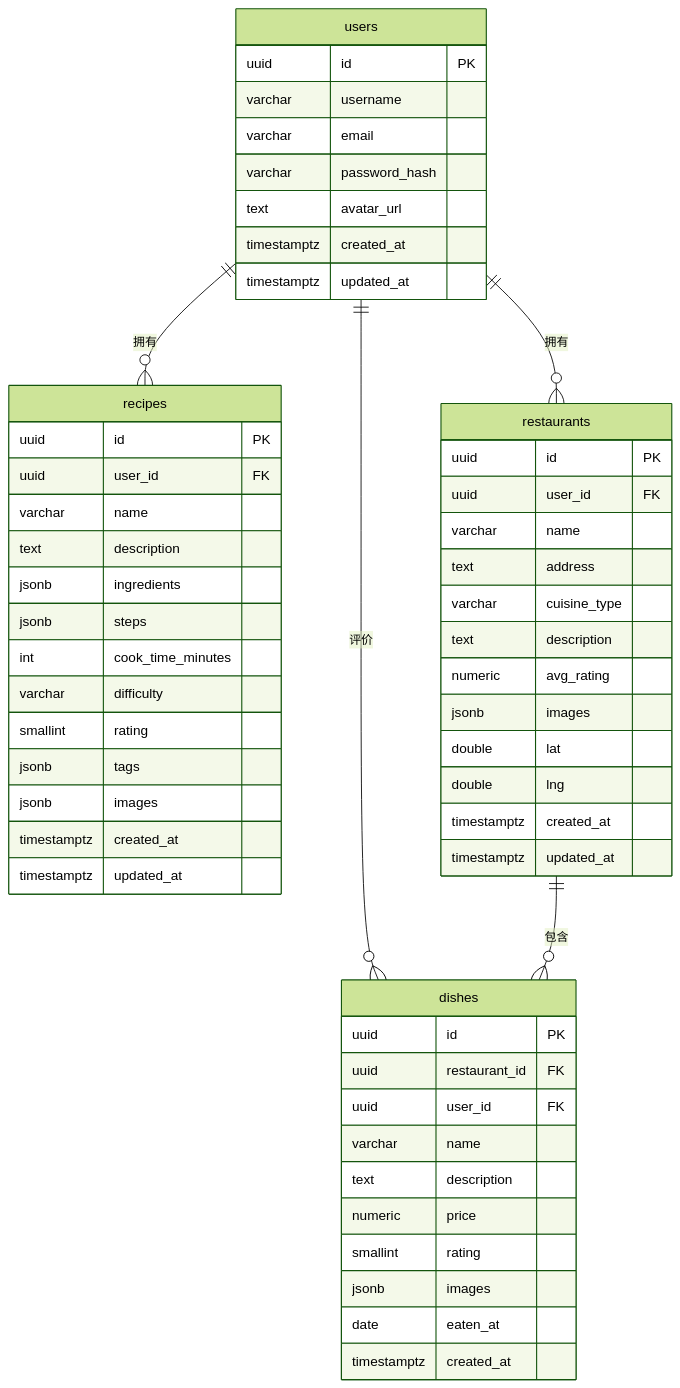
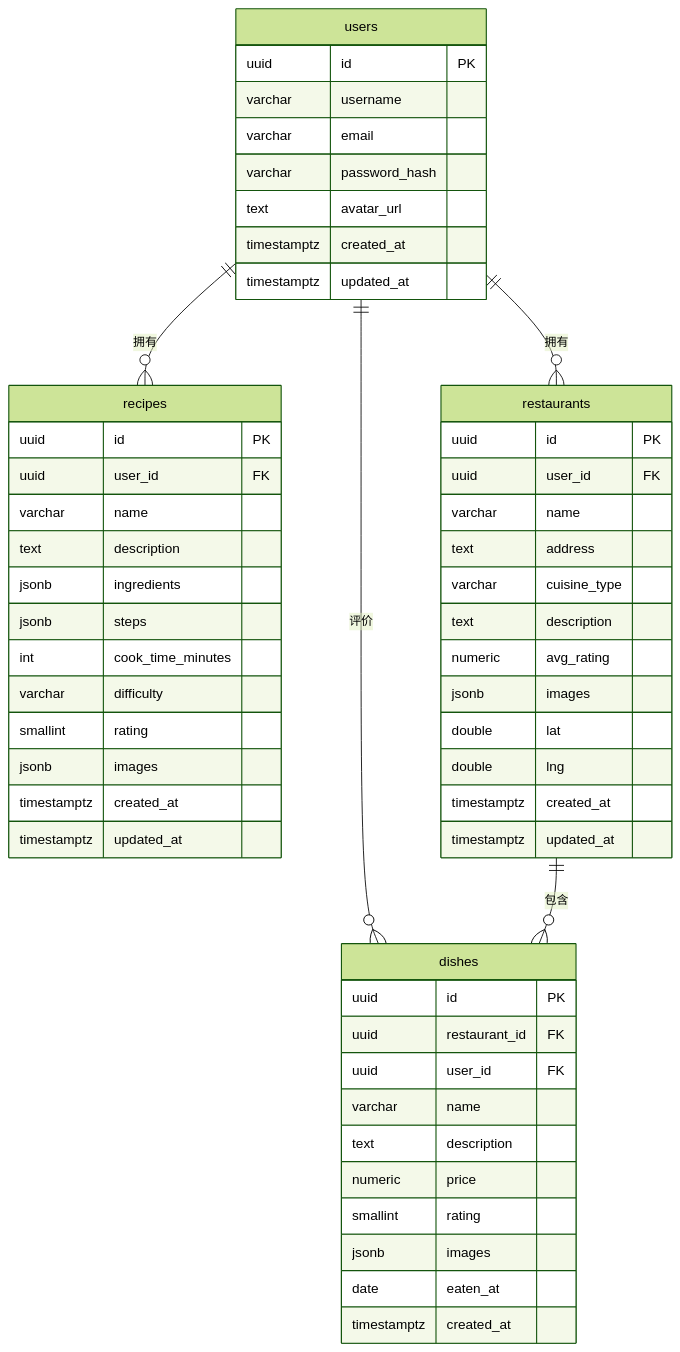
One commit to blue-cloud-net/food-log changed the diagram in docs/database.md. Above: the diagram before and after it, drawn with Mermaid (forest theme). The commit also changed other lines of this file and 3 other files, not shown here.

````diff
--- a/docs/database.md
+++ b/docs/database.md
@@ -8,58 +8,57 @@
 ```mermaid
 erDiagram
     users ||--o{ recipes : "拥有"
     users ||--o{ restaurants : "拥有"
     users ||--o{ dishes : "评价"
     restaurants ||--o{ dishes : "包含"
 
     users {
         uuid id PK
         varchar username
         varchar email
         varchar password_hash
         text avatar_url
         timestamptz created_at
         timestamptz updated_at
     }
     recipes {
         uuid id PK
         uuid user_id FK
         varchar name
         text description
         jsonb ingredients
         jsonb steps
         int cook_time_minutes
         varchar difficulty
         smallint rating
-        jsonb tags
         jsonb images
         timestamptz created_at
         timestamptz updated_at
     }
     restaurants {
         uuid id PK
         uuid user_id FK
         varchar name
         text address
         varchar cuisine_type
         text description
         numeric avg_rating
         jsonb images
         double lat
         double lng
         timestamptz created_at
         timestamptz updated_at
     }
     dishes {
         uuid id PK
         uuid restaurant_id FK
         uuid user_id FK
         varchar name
         text description
         numeric price
         smallint rating
         jsonb images
         date eaten_at
         timestamptz created_at
     }
 ```
````
